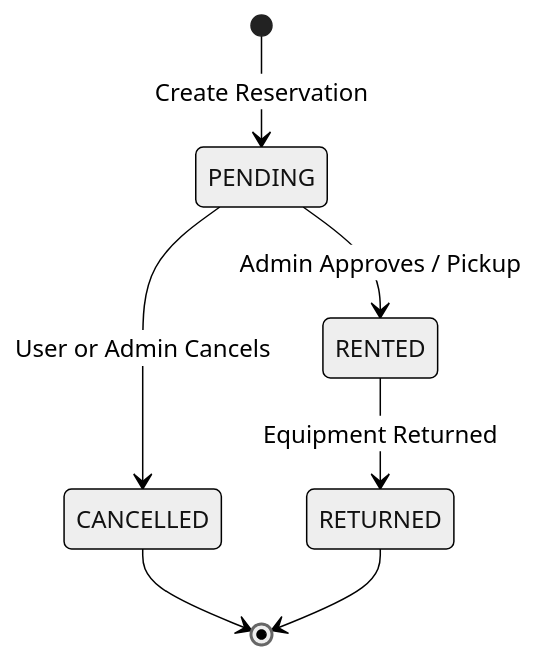
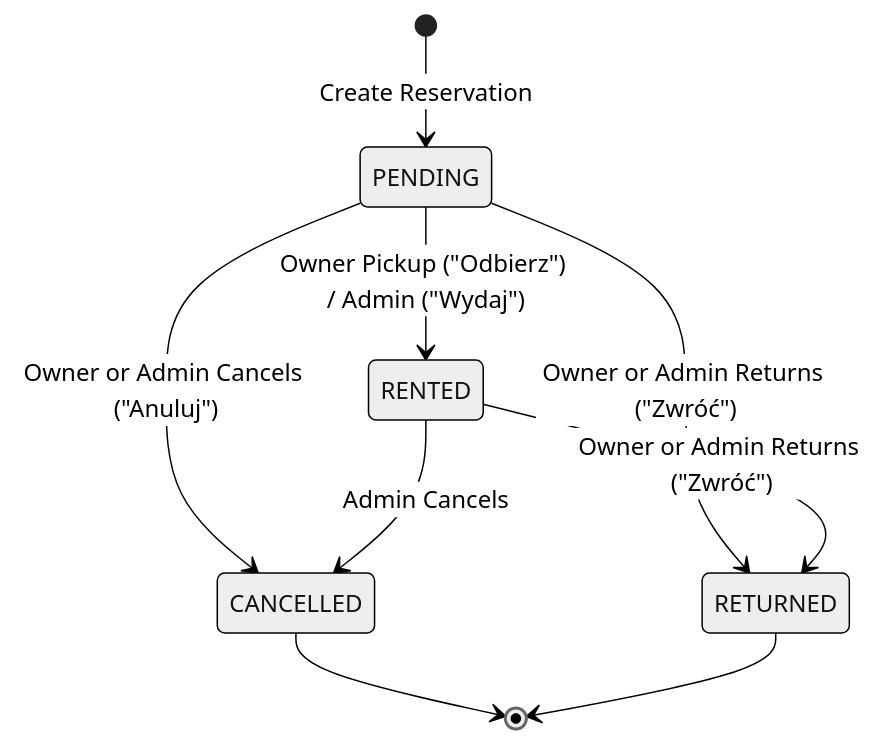
One commit to AKTK-Bystrze/Magazyn changed the second of 3 diagrams in documentation/flows/reservation-flow.md. Above: the diagram before and after it, drawn with Mermaid (neutral theme). The commit also changed other lines of this file and 26 other files, not shown here.

````diff
--- a/documentation/flows/reservation-flow.md
+++ b/documentation/flows/reservation-flow.md
@@ -69,12 +69,14 @@
 ```mermaid
 stateDiagram-v2
     [*] --> PENDING: Create Reservation
 
-    PENDING --> RENTED: Admin Approves / Pickup
-    PENDING --> CANCELLED: User or Admin Cancels
+    PENDING --> RENTED: Owner Pickup ("Odbierz") / Admin ("Wydaj")
+    PENDING --> CANCELLED: Owner or Admin Cancels ("Anuluj")
+    PENDING --> RETURNED: Owner or Admin Returns ("Zwróć")
 
-    RENTED --> RETURNED: Equipment Returned
+    RENTED --> RETURNED: Owner or Admin Returns ("Zwróć")
+    RENTED --> CANCELLED: Admin Cancels
 
     CANCELLED --> [*]
     RETURNED --> [*]
 ```
````
